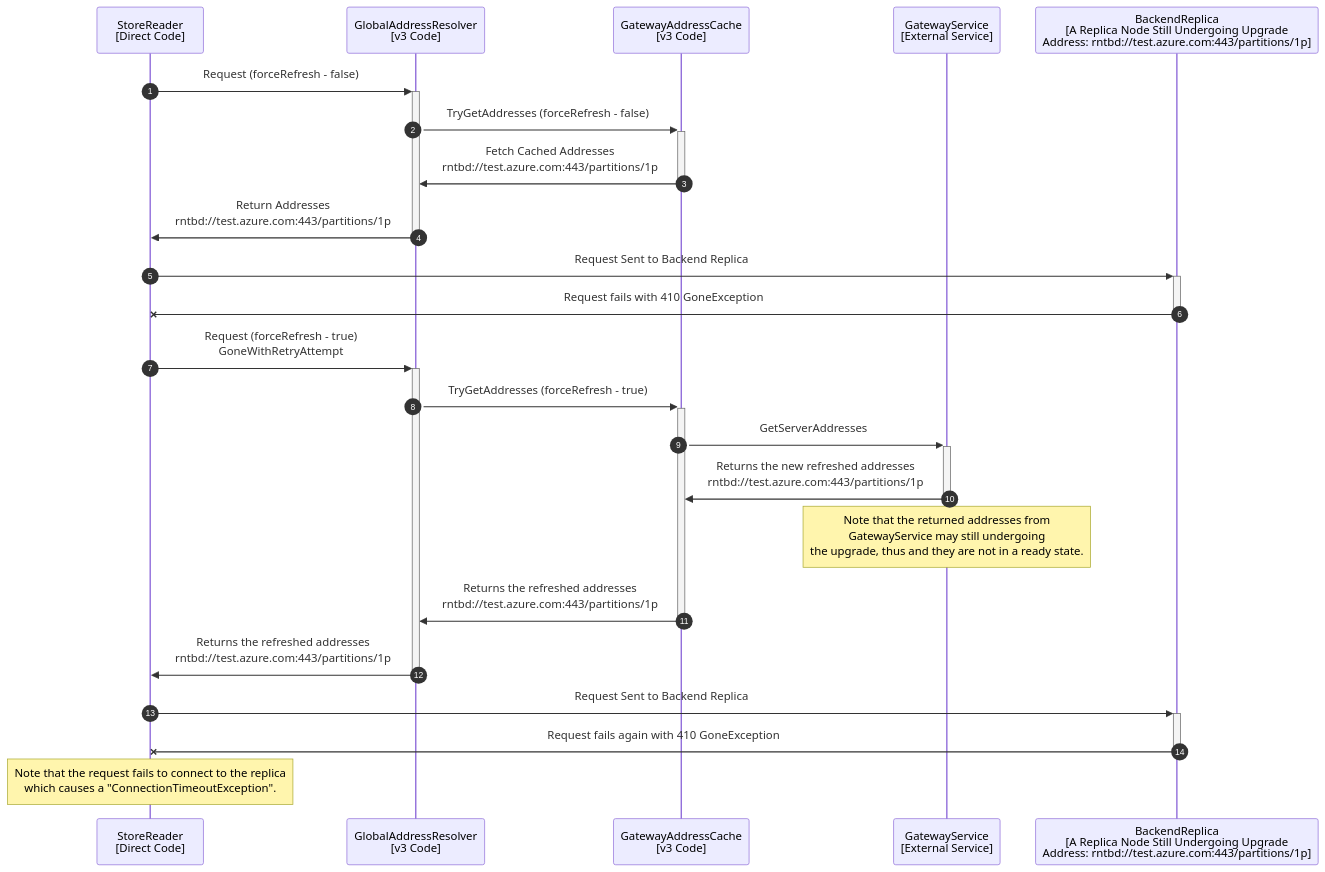
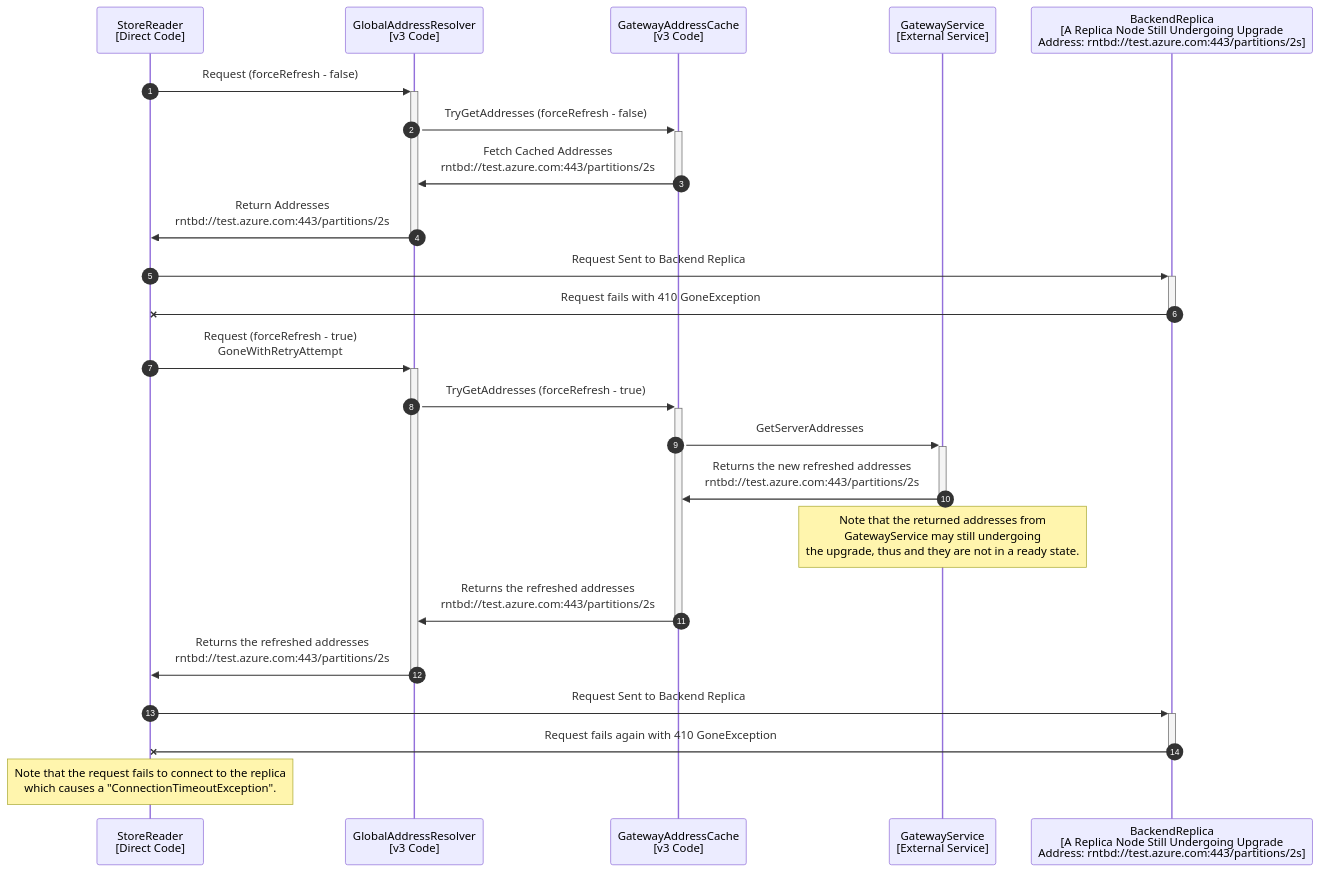
The first of 10 diagrams in docs/ReplicaValidationDesign.md (Azure/azure-cosmos-dotnet-v3), drawn with Mermaid before and after one commit. The commit also changed other lines of this file, not shown here.

Commit message:
Cosmetic changes in replica validation design.

````diff
--- a/docs/ReplicaValidationDesign.md
+++ b/docs/ReplicaValidationDesign.md
@@ -28,25 +28,25 @@
 ```mermaid
 sequenceDiagram
     autonumber
     participant A as StoreReader <br> [Direct Code]
     participant B as GlobalAddressResolver <br> [v3 Code]
     participant C as GatewayAddressCache <br> [v3 Code]
     participant D as GatewayService <br> [External Service]
-    participant E as BackendReplica <br> [A Replica Node Still Undergoing Upgrade <br> Address: rntbd://test.azure.com:443/partitions/1p]
+    participant E as BackendReplica <br> [A Replica Node Still Undergoing Upgrade <br> Address: rntbd://test.azure.com:443/partitions/2s]
     A->>+B: Request (forceRefresh - false)
     B->>+C: TryGetAddresses (forceRefresh - false)
-    C->>-B: Fetch Cached Addresses <br> rntbd://test.azure.com:443/partitions/1p
-    B->>-A: Return Addresses <br> rntbd://test.azure.com:443/partitions/1p
+    C->>-B: Fetch Cached Addresses <br> rntbd://test.azure.com:443/partitions/2s
+    B->>-A: Return Addresses <br> rntbd://test.azure.com:443/partitions/2s
     A->>+E: Request Sent to Backend Replica
     E-x-A: Request fails with 410 GoneException
     A->>+B: Request (forceRefresh - true) <br> GoneWithRetryAttempt
     B->>+C: TryGetAddresses (forceRefresh - true)
     C->>+D: GetServerAddresses
-    D->>-C: Returns the new refreshed addresses <br> rntbd://test.azure.com:443/partitions/1p
+    D->>-C: Returns the new refreshed addresses <br> rntbd://test.azure.com:443/partitions/2s
     Note over D: Note that the returned addresses from <br> GatewayService may still undergoing <br> the upgrade, thus and they are not in a ready state.
-    C->>-B: Returns the refreshed addresses <br> rntbd://test.azure.com:443/partitions/1p
-    B->>-A: Returns the refreshed addresses <br> rntbd://test.azure.com:443/partitions/1p
+    C->>-B: Returns the refreshed addresses <br> rntbd://test.azure.com:443/partitions/2s
+    B->>-A: Returns the refreshed addresses <br> rntbd://test.azure.com:443/partitions/2s
     A->>+E: Request Sent to Backend Replica
     E-x-A: Request fails again with 410 GoneException
     Note over A: Note that the request fails to connect to the replica <br> which causes a "ConnectionTimeoutException".
 ```
````
